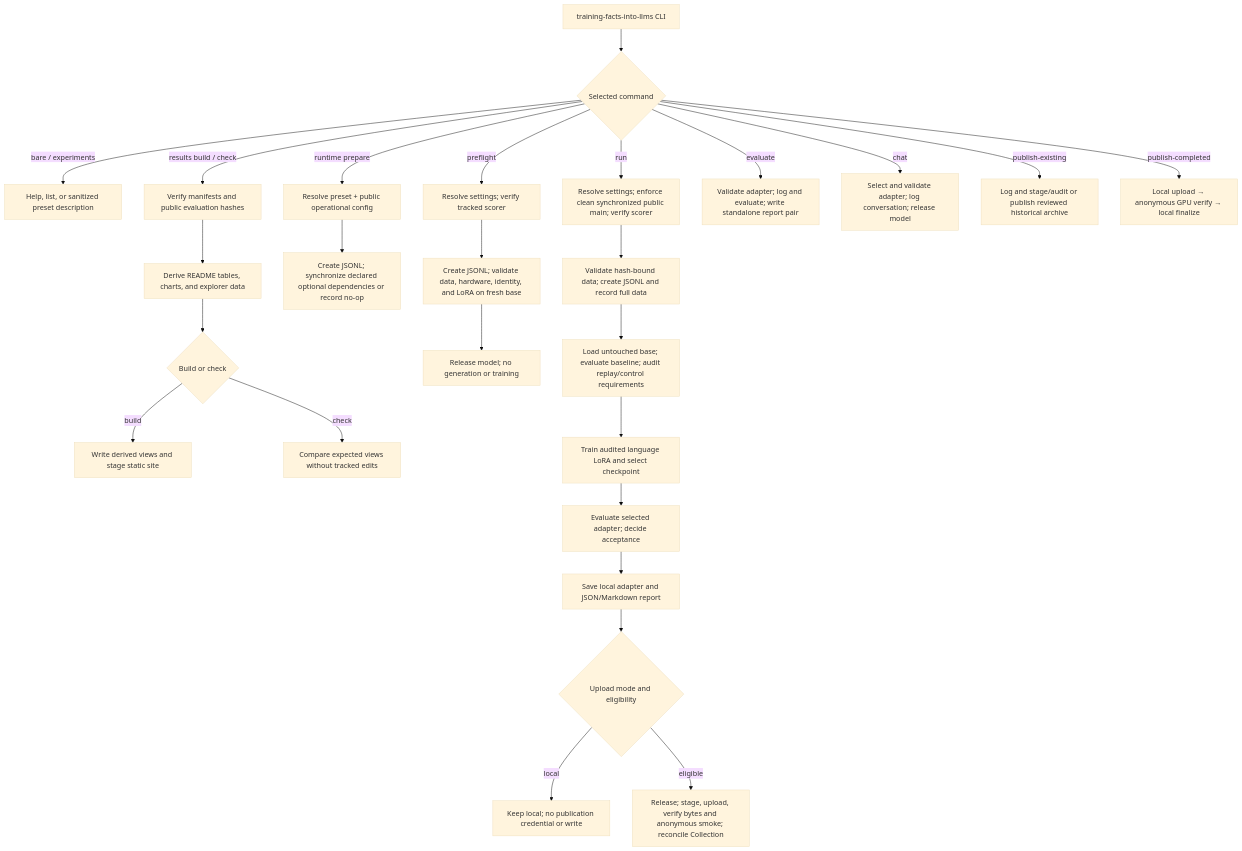
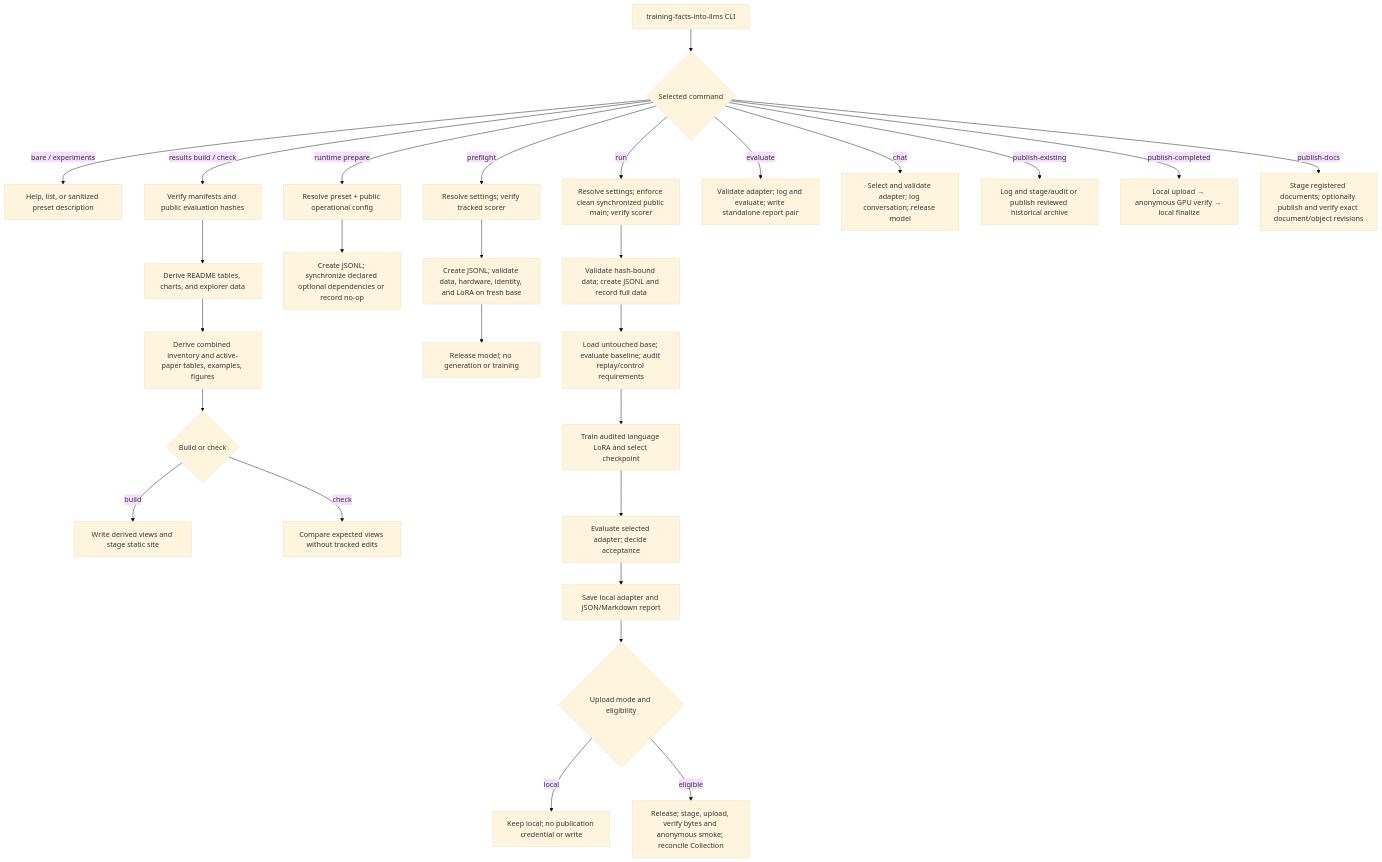
One commit to BurnyCoder/training-facts-into-llms changed the diagram in README.md. Above: the diagram before and after it, drawn with Mermaid (base theme). The commit also changed other lines of this file and 6 other files, not shown here.

````diff
--- a/README.md
+++ b/README.md
@@ -283,28 +285,30 @@
 ```mermaid
 flowchart TD
     CLI["training-facts-into-llms CLI"] --> KIND{"Selected command"}
     KIND -->|"bare / experiments"| DISC["Help, list, or sanitized preset description"]
     KIND -->|"results build / check"| EVIDENCE["Verify manifests and public evaluation hashes"]
     EVIDENCE --> VIEWS["Derive README tables, charts, and explorer data"]
-    VIEWS --> RENDER{"Build or check"}
+    VIEWS --> PAPERS["Derive combined inventory and active-paper tables, examples, figures"]
+    PAPERS --> RENDER{"Build or check"}
     RENDER -->|"build"| SITE["Write derived views and stage static site"]
     RENDER -->|"check"| COMPARE["Compare expected views without tracked edits"]
     KIND -->|"runtime prepare"| RCFG["Resolve preset + public operational config"]
     RCFG --> RLOG["Create JSONL; synchronize declared optional dependencies or record no-op"]
     KIND -->|"preflight"| PCFG["Resolve settings; verify tracked scorer"]
     PCFG --> PCHECK["Create JSONL; validate data, hardware, identity, and LoRA on fresh base"]
     PCHECK --> PRELEASE["Release model; no generation or training"]
     KIND -->|"run"| GATE["Resolve settings; enforce clean synchronized public main; verify scorer"]
     GATE --> DATA["Validate hash-bound data; create JSONL and record full data"]
     DATA --> BASE["Load untouched base; evaluate baseline; audit replay/control requirements"]
     BASE --> TRAIN["Train audited language LoRA and select checkpoint"]
     TRAIN --> TUNED["Evaluate selected adapter; decide acceptance"]
     TUNED --> SAVE["Save local adapter and JSON/Markdown report"]
     SAVE --> MODE{"Upload mode and eligibility"}
     MODE -->|"local"| LOCAL["Keep local; no publication credential or write"]
     MODE -->|"eligible"| HUB["Release; stage, upload, verify bytes and anonymous smoke; reconcile Collection"]
     KIND -->|"evaluate"| EVAL["Validate adapter; log and evaluate; write standalone report pair"]
     KIND -->|"chat"| CHAT["Select and validate adapter; log conversation; release model"]
     KIND -->|"publish-existing"| HIST["Log and stage/audit or publish reviewed historical archive"]
     KIND -->|"publish-completed"| COMPLETE["Local upload → anonymous GPU verify → local finalize"]
+    KIND -->|"publish-docs"| DOCS["Stage registered documents; optionally publish and verify exact document/object revisions"]
 ```
````
